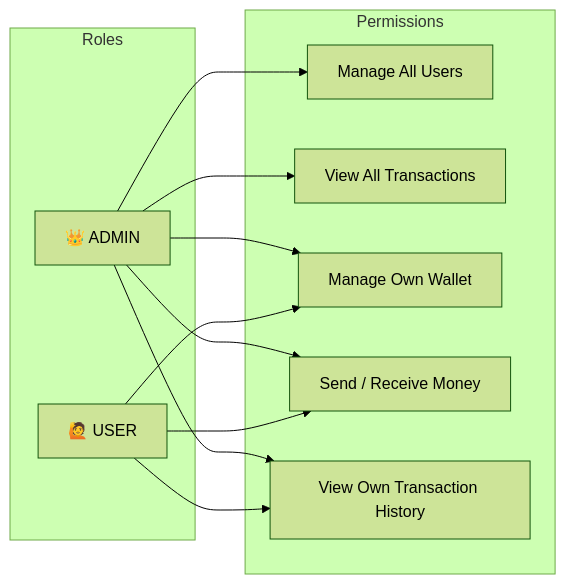
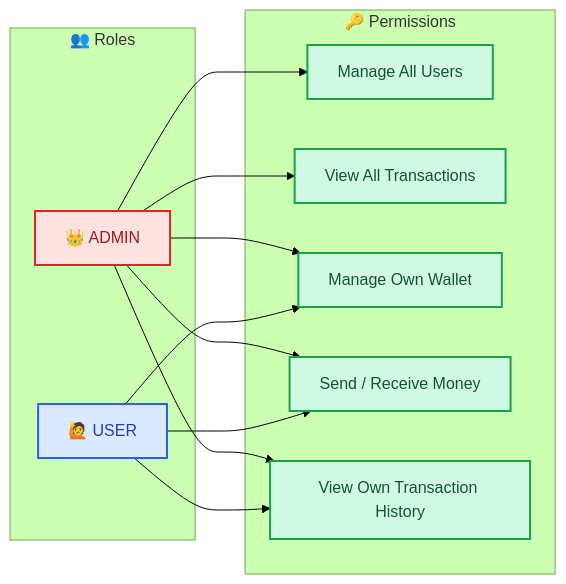
Before and after one commit to VASUSINH/PayMoney: the fourth of 9 diagrams in ReadMe.md, drawn with Mermaid (forest theme). The commit also changed other lines of this file, not shown here.

````diff
--- a/ReadMe.md
+++ b/ReadMe.md
@@ -233,25 +242,33 @@
 ```mermaid
 flowchart LR
-    subgraph Roles
+    subgraph Roles["👥 Roles"]
         ADMIN["👑 ADMIN"]
         USER["🙋 USER"]
     end
 
-    subgraph Permissions
+    subgraph Permissions["🔑 Permissions"]
         P1[Manage All Users]
         P2[View All Transactions]
         P3[Manage Own Wallet]
         P4[Send / Receive Money]
         P5[View Own Transaction History]
     end
 
     ADMIN --> P1
     ADMIN --> P2
     ADMIN --> P3
     ADMIN --> P4
     ADMIN --> P5
 
     USER --> P3
     USER --> P4
     USER --> P5
+
+    classDef admin fill:#fee2e2,stroke:#dc2626,stroke-width:2px,color:#991B1B;
+    classDef user fill:#dbeafe,stroke:#2563eb,stroke-width:2px,color:#1e40af;
+    classDef permission fill:#d1fae5,stroke:#16a34a,stroke-width:2px,color:#14532d;
+
+    class ADMIN admin;
+    class USER user;
+    class P1,P2,P3,P4,P5 permission;
 ```
````
